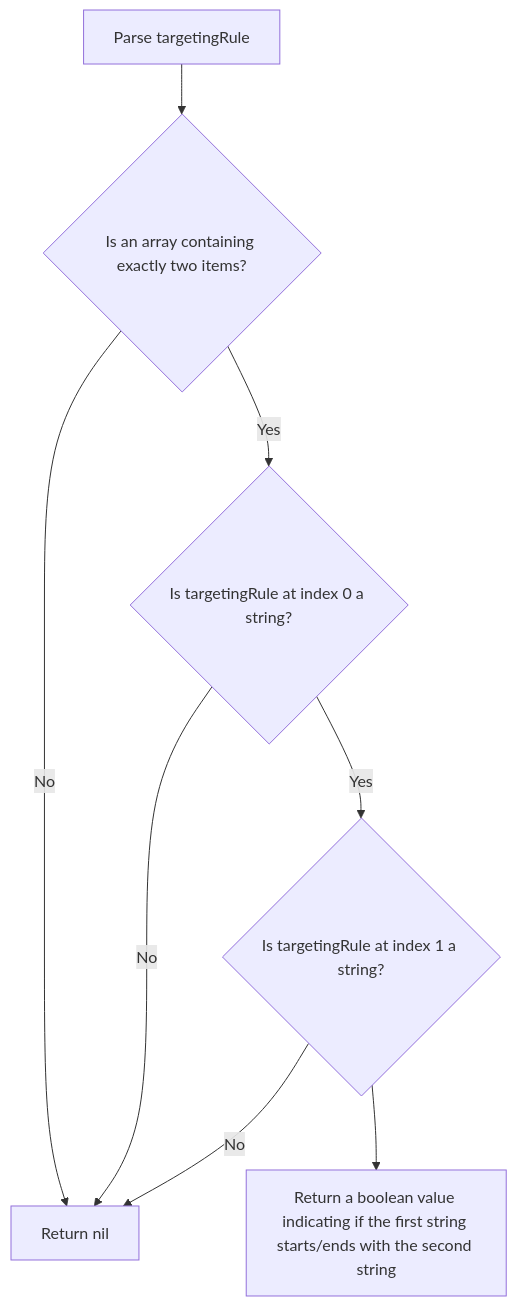
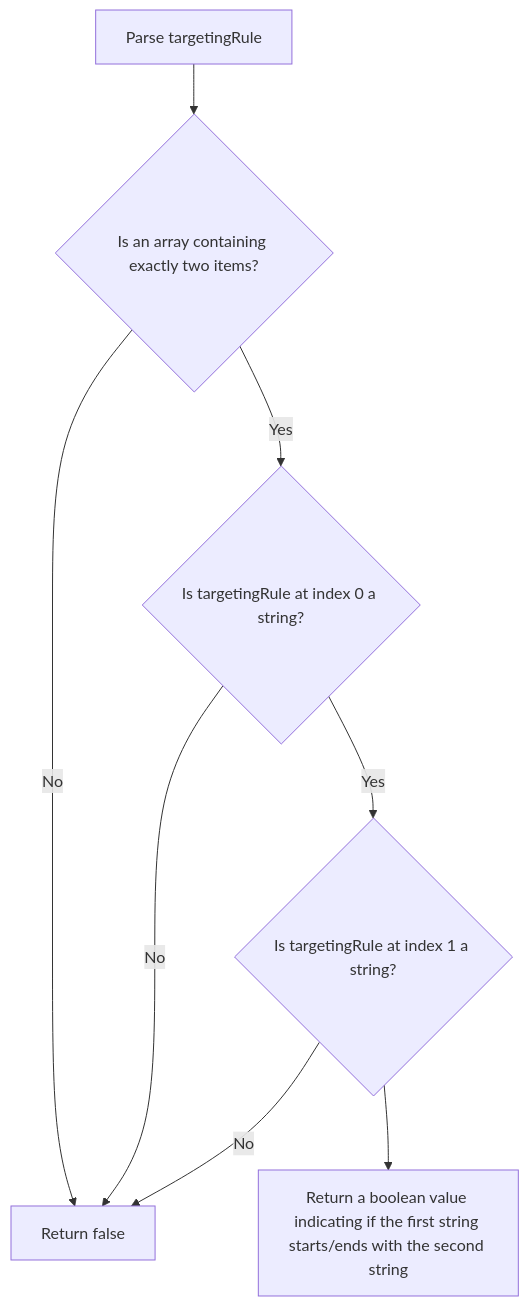
The diagram in docs/reference/specifications/custom-operations/string-comparison-operation-spec.md (open-feature/flagd), drawn with Mermaid before and after one commit. The commit also changed 3 other files, not shown here.

````diff
--- a/docs/reference/specifications/custom-operations/string-comparison-operation-spec.md
+++ b/docs/reference/specifications/custom-operations/string-comparison-operation-spec.md
@@ -31,10 +31,10 @@
 ```mermaid
 flowchart TD
 A[Parse targetingRule] --> B{Is an array containing exactly two items?};
 B -- Yes --> C{Is targetingRule at index 0 a string?};
-B -- No --> D[Return nil];
+B -- No --> D[Return false];
 C -- Yes --> E{Is targetingRule at index 1 a string?};
 C -- No --> D;
 E -- No --> D;
 E --> F[Return a boolean value indicating if the first string starts/ends with the second string];
 ```
````
